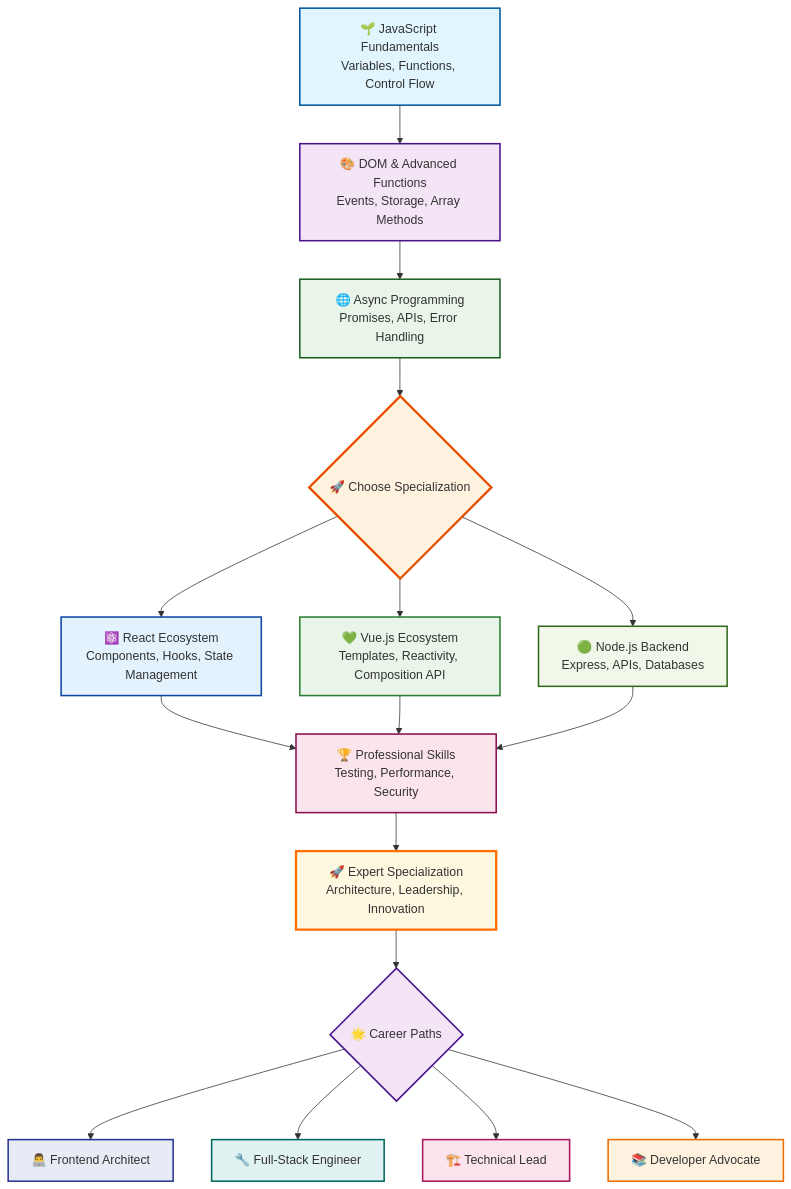
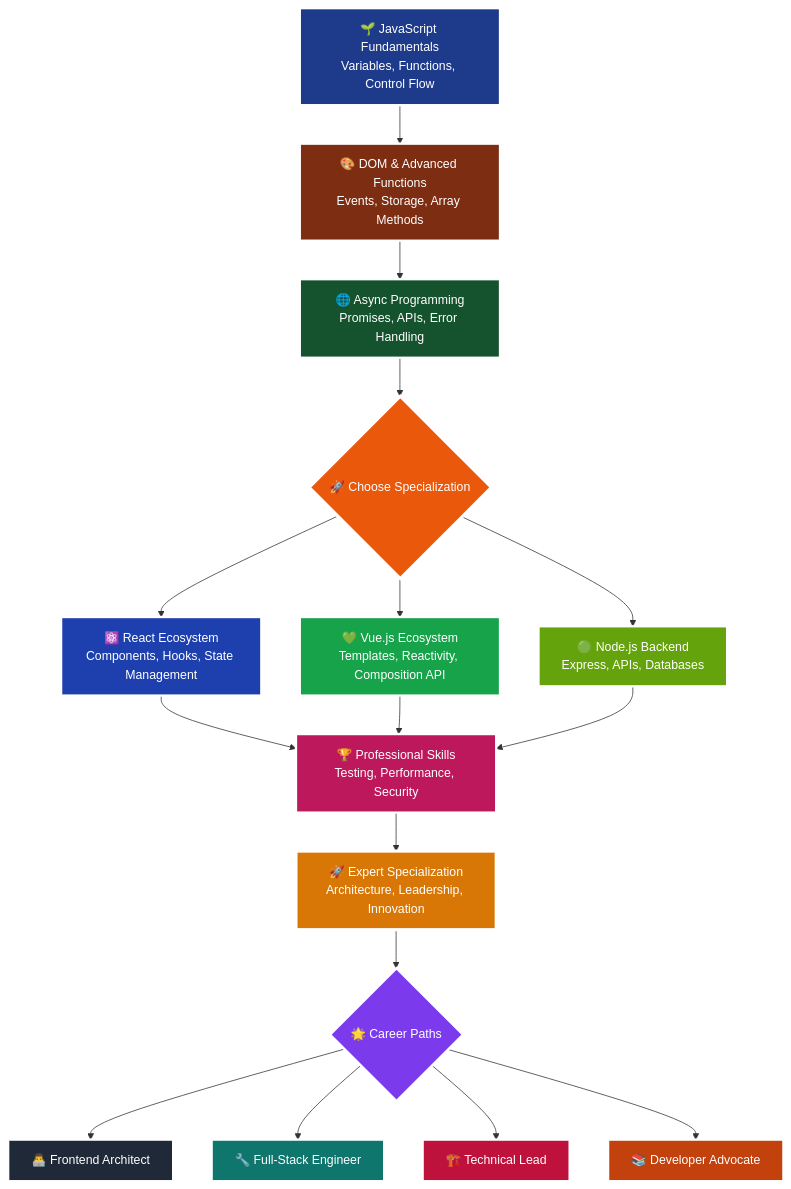
The diagram in README.md (madhvendrasingh007/JS-chai-aur-code), drawn with Mermaid before and after one commit.

Commit message:
updated roadmap

````diff
--- a/README.md
+++ b/README.md
@@ -434,37 +434,37 @@
 ```mermaid
 graph TD
     A[🌱 JavaScript Fundamentals<br/>Variables, Functions, Control Flow] --> B[🎨 DOM & Advanced Functions<br/>Events, Storage, Array Methods]
     B --> C[🌐 Async Programming<br/>Promises, APIs, Error Handling]
     C --> D{🚀 Choose Specialization}
     
     D --> E[⚛️ React Ecosystem<br/>Components, Hooks, State Management]
     D --> F[💚 Vue.js Ecosystem<br/>Templates, Reactivity, Composition API]
     D --> G[🟢 Node.js Backend<br/>Express, APIs, Databases]
     
     E --> H[🏆 Professional Skills<br/>Testing, Performance, Security]
     F --> H
     G --> H
     
     H --> I[🚀 Expert Specialization<br/>Architecture, Leadership, Innovation]
     
     I --> J{🌟 Career Paths}
     J --> K[👨‍💻 Frontend Architect]
     J --> L[🔧 Full-Stack Engineer]  
     J --> M[🏗️ Technical Lead]
     J --> N[📚 Developer Advocate]
     
-    style A fill:#e1f5fe,stroke:#01579b,stroke-width:2px
-    style B fill:#f3e5f5,stroke:#4a148c,stroke-width:2px
-    style C fill:#e8f5e8,stroke:#1b5e20,stroke-width:2px
-    style D fill:#fff3e0,stroke:#e65100,stroke-width:3px
-    style E fill:#e3f2fd,stroke:#0d47a1,stroke-width:2px
-    style F fill:#e8f5e8,stroke:#2e7d32,stroke-width:2px
-    style G fill:#f1f8e9,stroke:#33691e,stroke-width:2px
-    style H fill:#fce4ec,stroke:#880e4f,stroke-width:2px
-    style I fill:#fff8e1,stroke:#ff6f00,stroke-width:3px
-    style J fill:#f3e5f5,stroke:#4a148c,stroke-width:2px
-    style K fill:#e8eaf6,stroke:#283593,stroke-width:2px
-    style L fill:#e0f2f1,stroke:#00695c,stroke-width:2px
-    style M fill:#fce4ec,stroke:#ad1457,stroke-width:2px
-    style N fill:#fff3e0,stroke:#ef6c00,stroke-width:2px
+    style A fill:#1e3a8a,color:#ffffff,stroke:#ffffff,stroke-width:3px
+    style B fill:#7c2d12,color:#ffffff,stroke:#ffffff,stroke-width:3px
+    style C fill:#14532d,color:#ffffff,stroke:#ffffff,stroke-width:3px
+    style D fill:#ea580c,color:#ffffff,stroke:#ffffff,stroke-width:4px
+    style E fill:#1e40af,color:#ffffff,stroke:#ffffff,stroke-width:3px
+    style F fill:#16a34a,color:#ffffff,stroke:#ffffff,stroke-width:3px
+    style G fill:#65a30d,color:#ffffff,stroke:#ffffff,stroke-width:3px
+    style H fill:#be185d,color:#ffffff,stroke:#ffffff,stroke-width:3px
+    style I fill:#d97706,color:#ffffff,stroke:#ffffff,stroke-width:4px
+    style J fill:#7c3aed,color:#ffffff,stroke:#ffffff,stroke-width:3px
+    style K fill:#1f2937,color:#ffffff,stroke:#ffffff,stroke-width:3px
+    style L fill:#0f766e,color:#ffffff,stroke:#ffffff,stroke-width:3px
+    style M fill:#be123c,color:#ffffff,stroke:#ffffff,stroke-width:3px
+    style N fill:#c2410c,color:#ffffff,stroke:#ffffff,stroke-width:3px
 ```
````
